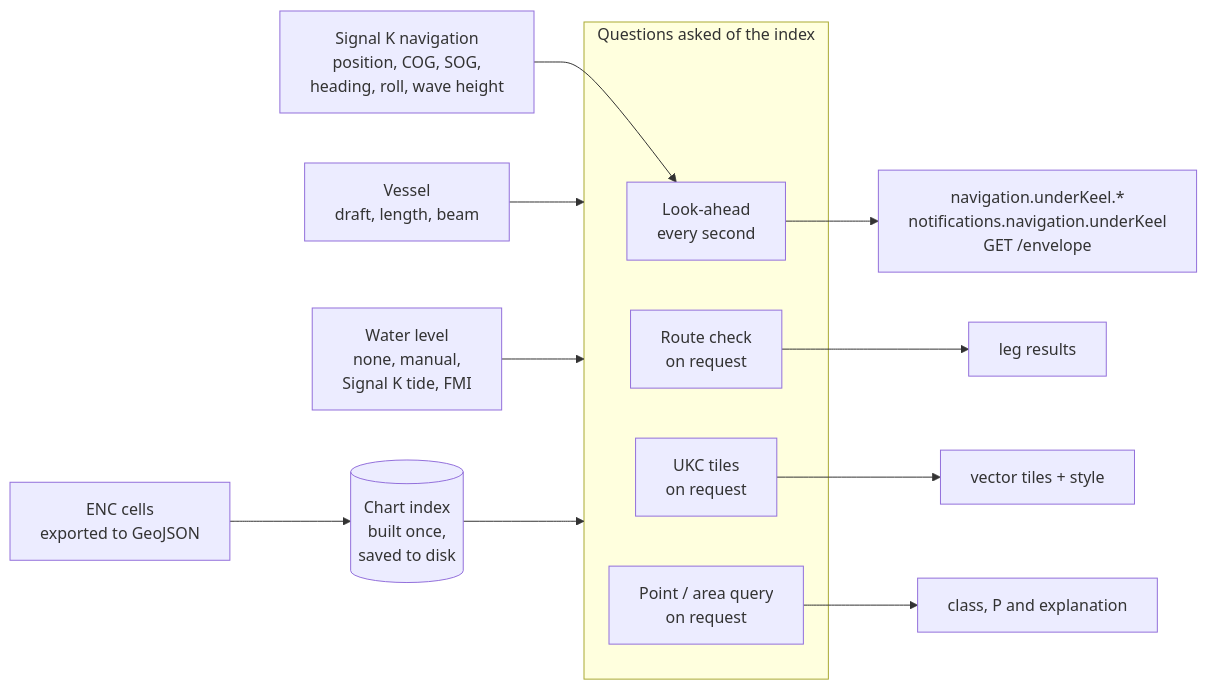
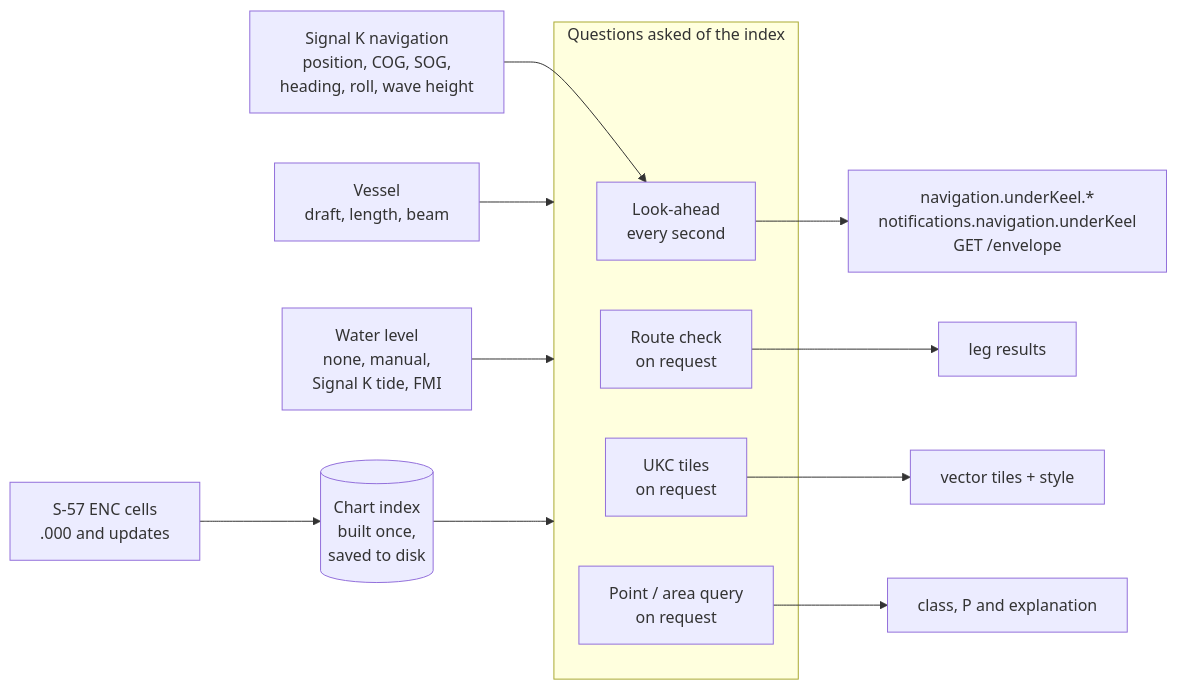
The first of 6 diagrams in docs/HOW-IT-WORKS.md (KEGustafsson/signalk-underkeel), drawn with Mermaid before and after one commit. The commit also changed other lines of this file and 1 other file, not shown here.

First line of the commit message:
Drop the remaining GeoJSON export wording from the docs

````diff
--- a/docs/HOW-IT-WORKS.md
+++ b/docs/HOW-IT-WORKS.md
@@ -56,18 +56,18 @@
 ```mermaid
 flowchart LR
-  ENC[ENC cells<br/>exported to GeoJSON] --> IDX[(Chart index<br/>built once,<br/>saved to disk)]
+  ENC[S-57 ENC cells<br/>.000 and updates] --> IDX[(Chart index<br/>built once,<br/>saved to disk)]
   NAV[Signal K navigation<br/>position, COG, SOG,<br/>heading, roll, wave height] --> LA
   VES[Vessel<br/>draft, length, beam] --> Q
   WL[Water level<br/>none, manual,<br/>Signal K tide, FMI] --> Q
   IDX --> Q
   subgraph Q[Questions asked of the index]
     LA[Look-ahead<br/>every second]
     RC[Route check<br/>on request]
     TILES[UKC tiles<br/>on request]
     QRY[Point / area query<br/>on request]
   end
   LA --> OUT1[navigation.underKeel.*<br/>notifications.navigation.underKeel<br/>GET /envelope]
   RC --> OUT2[leg results]
   TILES --> OUT3[vector tiles + style]
   QRY --> OUT4[class, P and explanation]
 ```
````
